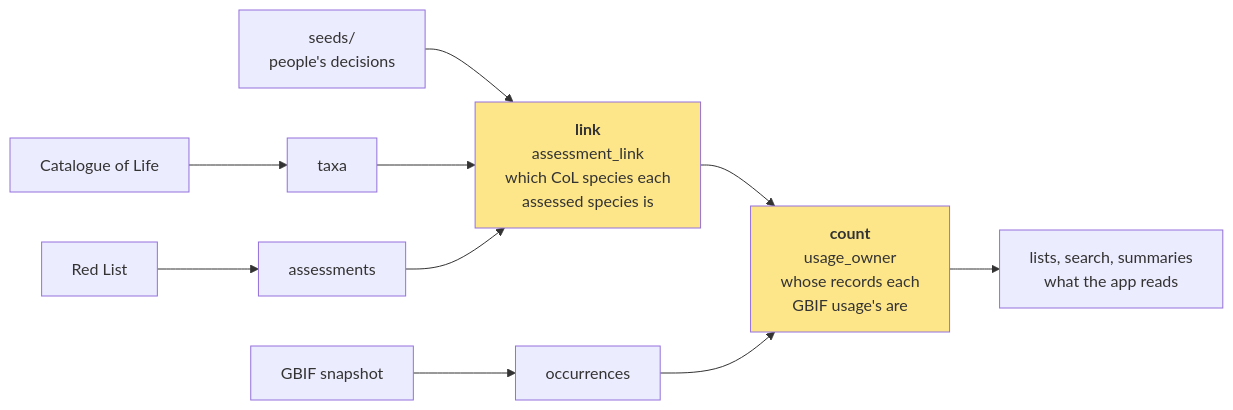
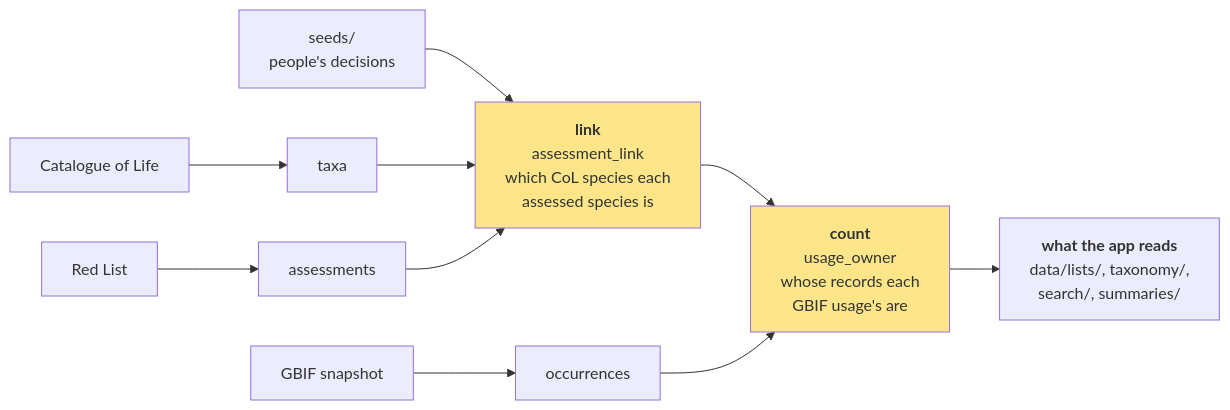
One commit to shaneweisz/redlist-dashboard changed the diagram in docs/sync.md. Above: the diagram before and after it, drawn with Mermaid. The commit also changed other lines of this file and 1 other file, not shown here.

First line of the commit message:
Docs: each published file's folder in the diagrams; the rules' counts

````diff
--- a/docs/sync.md
+++ b/docs/sync.md
@@ -5,14 +5,14 @@
 ```mermaid
 flowchart LR
   col[Catalogue of Life] --> taxa
   rl[Red List] --> assessments
   gbif[GBIF snapshot] --> occurrences
   seeds["seeds/<br/>people's decisions"] --> link
   taxa --> link
   assessments --> link
   link["<b>link</b><br/>assessment_link<br/>which CoL species each<br/>assessed species is"] --> count
   occurrences --> count
-  count["<b>count</b><br/>usage_owner<br/>whose records each<br/>GBIF usage's are"] --> app["lists, search, summaries<br/>what the app reads"]
+  count["<b>count</b><br/>usage_owner<br/>whose records each<br/>GBIF usage's are"] --> app["<b>what the app reads</b><br/>data/lists/, taxonomy/,<br/>search/, summaries/"]
   style link fill:#fde68a
   style count fill:#fde68a
 ```
````
